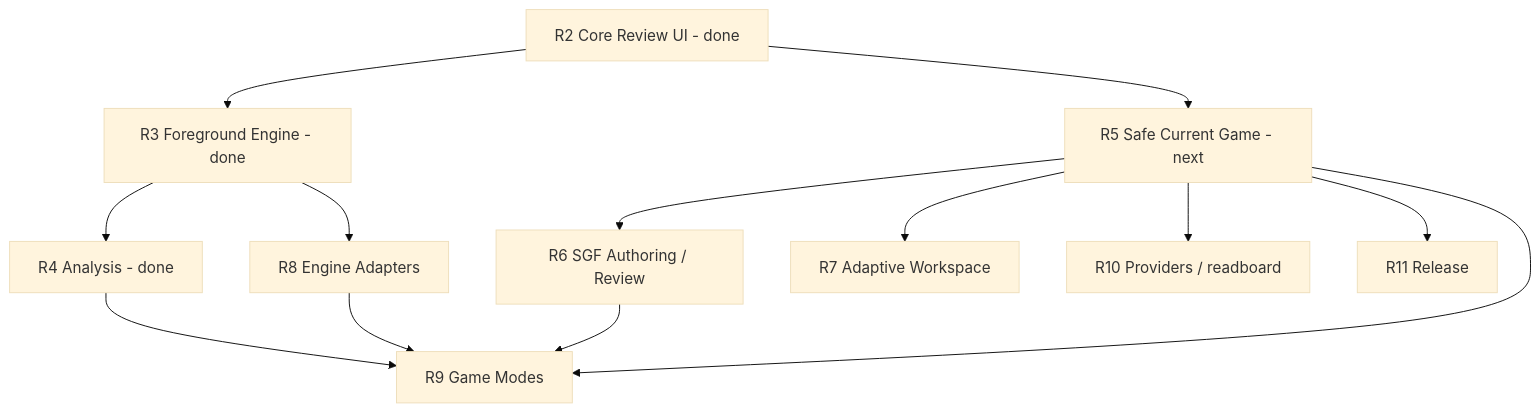
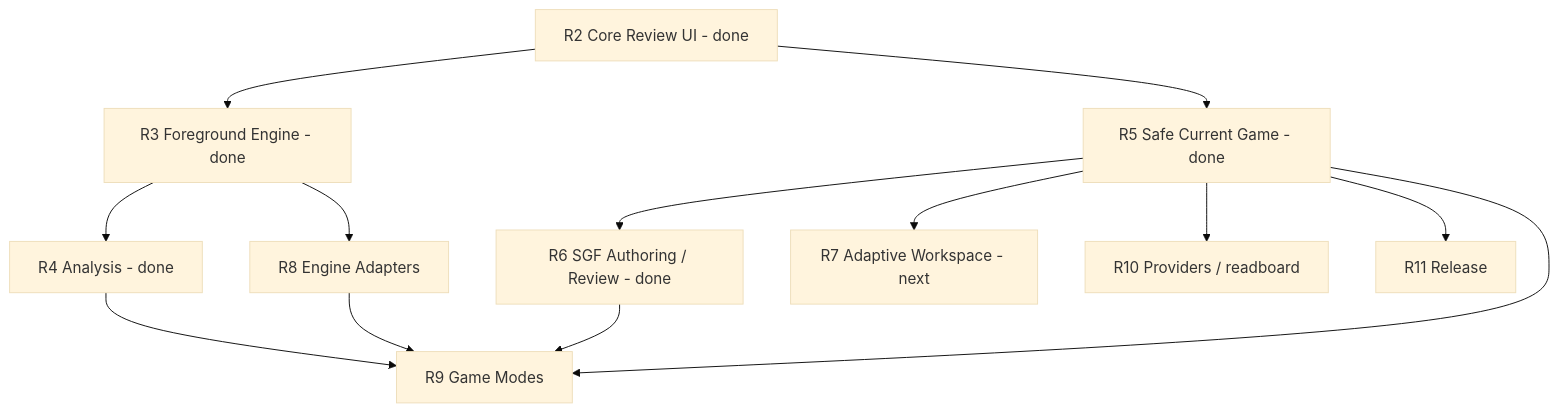
The first of 3 diagrams in docs/MIGRATION_PLAN.md (qiyi71w/lizzieyzy-next-tauri), drawn with Mermaid (base theme) before and after one commit. The commit also changed other lines of this file and 92 other files, not shown here.

````diff
--- a/docs/MIGRATION_PLAN.md
+++ b/docs/MIGRATION_PLAN.md
@@ -195,26 +197,26 @@
 ```mermaid
 flowchart TB
   R2[R2 Core Review UI - done]
   R3[R3 Foreground Engine - done]
   R4[R4 Analysis - done]
-  R5[R5 Safe Current Game - next]
-  R6[R6 SGF Authoring / Review]
-  R7[R7 Adaptive Workspace]
+  R5[R5 Safe Current Game - done]
+  R6[R6 SGF Authoring / Review - done]
+  R7[R7 Adaptive Workspace - next]
   R8[R8 Engine Adapters]
   R9[R9 Game Modes]
   R10[R10 Providers / readboard]
   R11[R11 Release]
 
   R2 --> R3
   R3 --> R4
   R2 --> R5
   R3 --> R8
   R5 --> R6
   R5 --> R7
   R5 --> R10
   R5 --> R11
   R4 --> R9
   R5 --> R9
   R6 --> R9
   R8 --> R9
 ```
````
